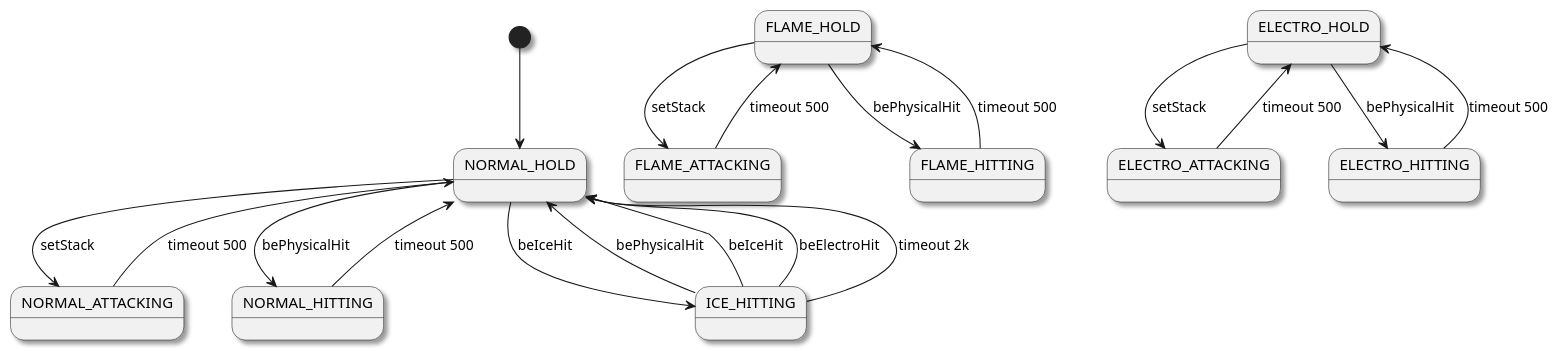
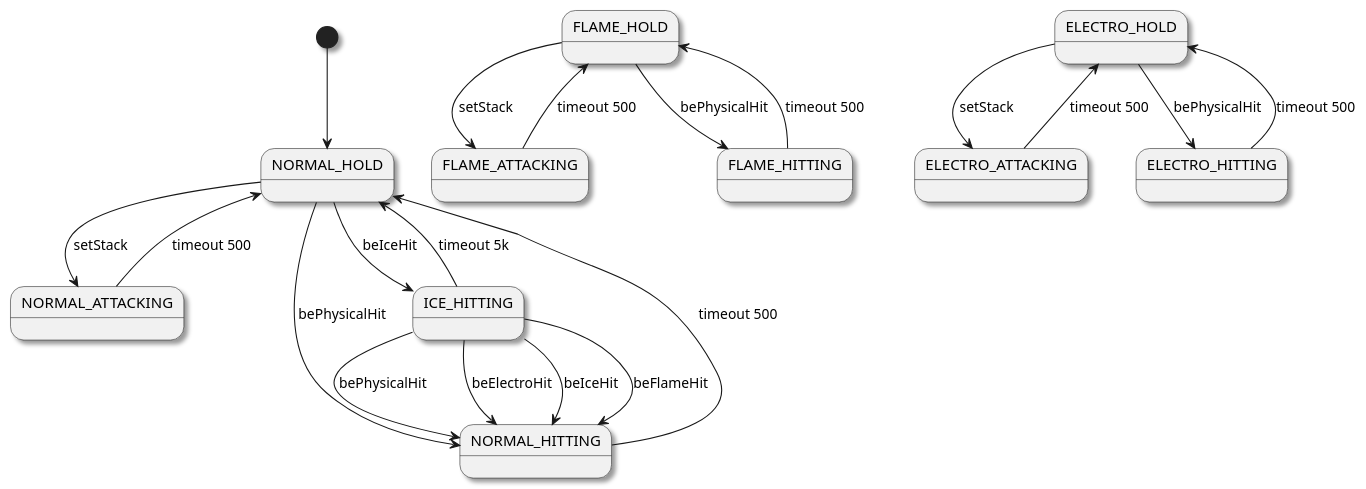
Before and after one commit to tingyunaiai9/The-Journey-of-Wizard: the diagram in doc/hero_state.pu, drawn with PlantUML. The commit also changed 9 other files, not shown here.

```diff
--- a/doc/hero_state.pu
+++ b/doc/hero_state.pu
@@ -1,30 +1,31 @@
 @startuml
 
 skinparam shadowing true
 
 [*] --> NORMAL_HOLD
 
 NORMAL_HOLD --> NORMAL_ATTACKING : setStack
 NORMAL_ATTACKING --> NORMAL_HOLD : timeout 500
 NORMAL_HOLD --> NORMAL_HITTING : bePhysicalHit
 NORMAL_HITTING --> NORMAL_HOLD : timeout 500
 
+NORMAL_HOLD --> ICE_HITTING : beIceHit
+ICE_HITTING --> NORMAL_HOLD : timeout 5k
+ICE_HITTING --> NORMAL_HITTING : bePhysicalHit
+ICE_HITTING --> NORMAL_HITTING : beElectroHit
+ICE_HITTING --> NORMAL_HITTING : beIceHit
+ICE_HITTING --> NORMAL_HITTING : beFlameHit
+
 
 
 FLAME_HOLD --> FLAME_ATTACKING : setStack
 FLAME_ATTACKING --> FLAME_HOLD : timeout 500
 FLAME_HOLD --> FLAME_HITTING : bePhysicalHit
 FLAME_HITTING --> FLAME_HOLD : timeout 500
 
-NORMAL_HOLD --> ICE_HITTING : beIceHit
-ICE_HITTING --> NORMAL_HOLD : bePhysicalHit
-ICE_HITTING --> NORMAL_HOLD : beIceHit
-ICE_HITTING --> NORMAL_HOLD : beElectroHit
-ICE_HITTING --> NORMAL_HOLD : timeout 2k
-
 ELECTRO_HOLD --> ELECTRO_ATTACKING : setStack
 ELECTRO_ATTACKING --> ELECTRO_HOLD : timeout 500
 ELECTRO_HOLD --> ELECTRO_HITTING : bePhysicalHit
 ELECTRO_HITTING --> ELECTRO_HOLD : timeout 500
 
 @enduml
```
